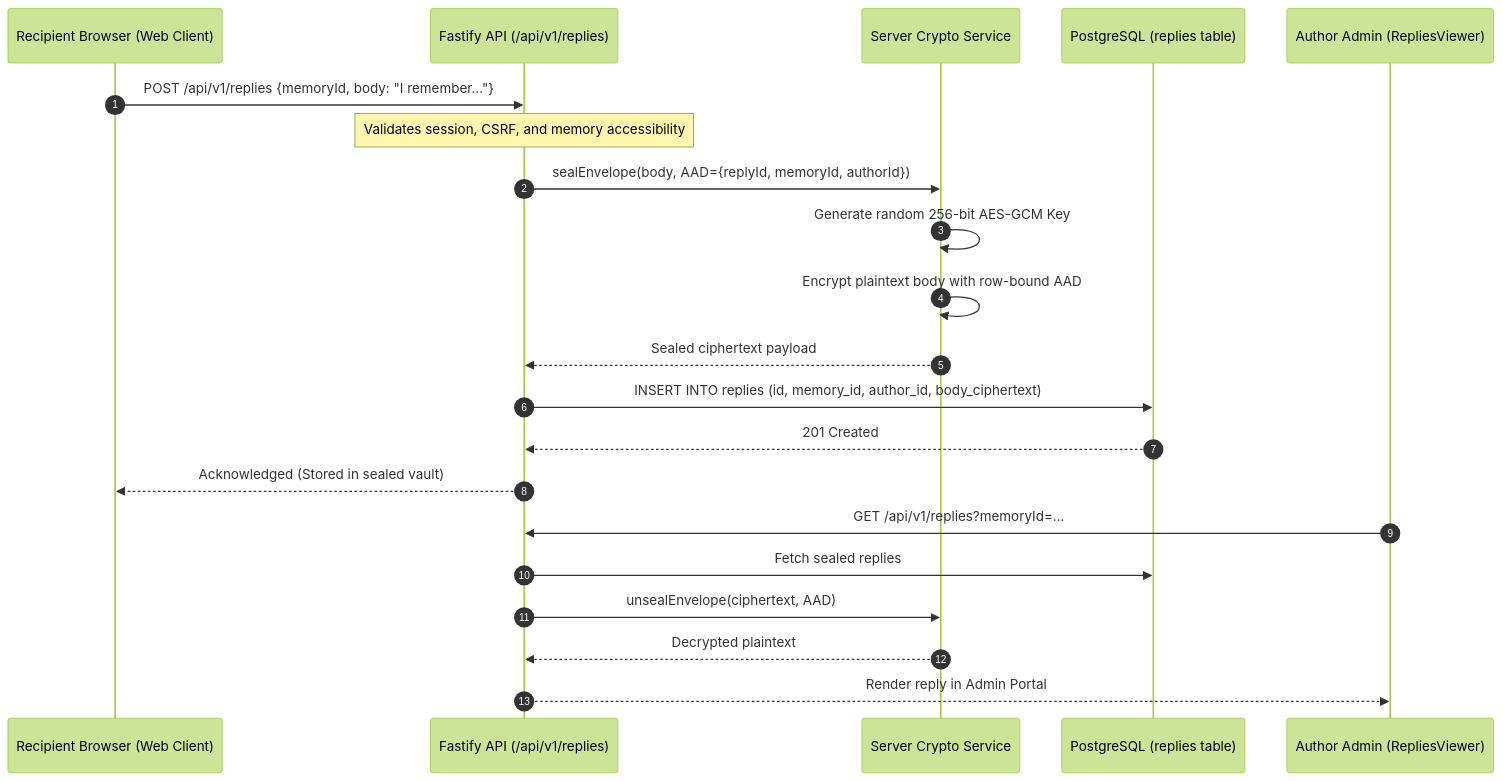
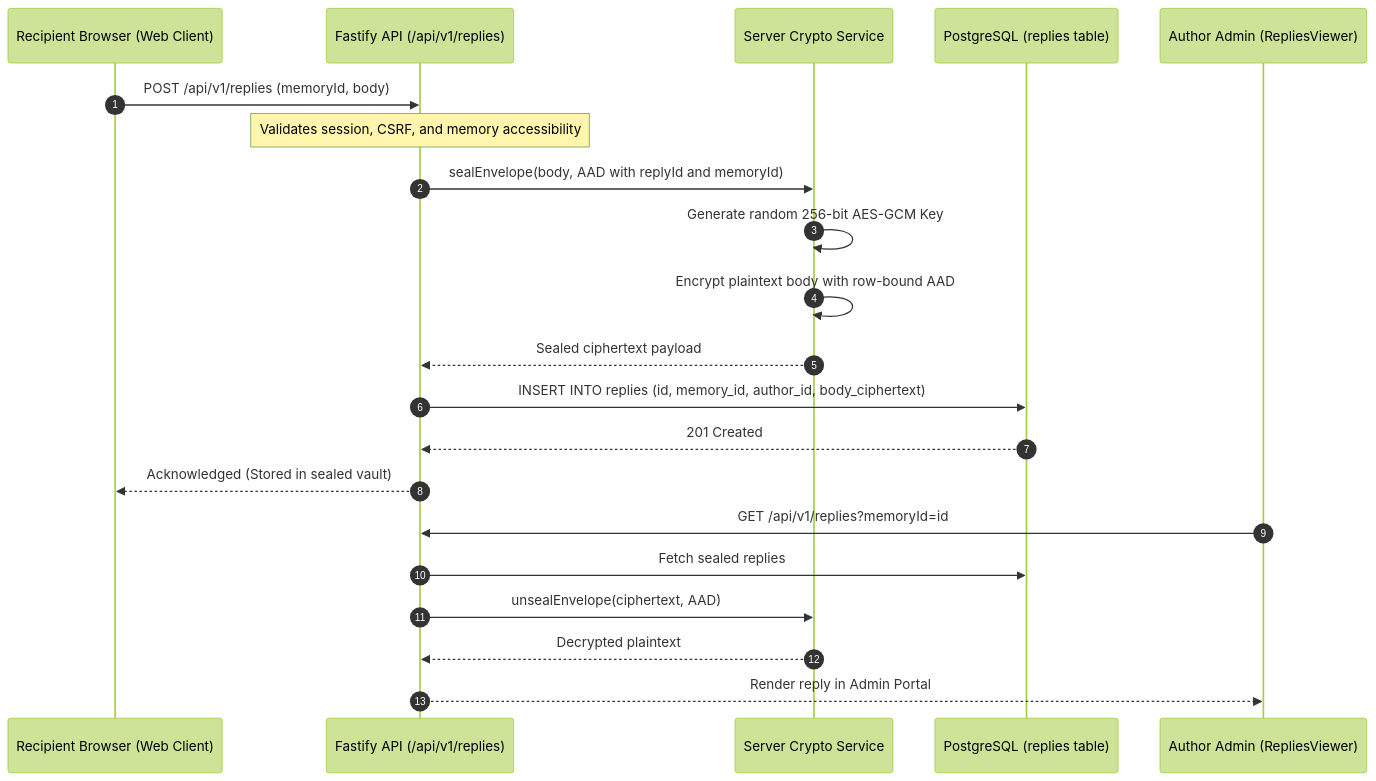
Diagram 13 of 17 in README.md (HarshkumarG007/SlowLight), drawn with Mermaid (forest theme) before and after one commit. The commit also changed other lines of this file, not shown here.

Commit message:
docs(readme): fix GitHub Mermaid parser syntax across all sequence diagrams

````diff
--- a/README.md
+++ b/README.md
@@ -1011,24 +1011,24 @@
 ```mermaid
 sequenceDiagram
     autonumber
     participant Recipient as Recipient Browser (Web Client)
     participant API as Fastify API (/api/v1/replies)
     participant Crypto as Server Crypto Service
     participant DB as PostgreSQL (replies table)
     participant Author as Author Admin (RepliesViewer)
     
-    Recipient->>API: POST /api/v1/replies {memoryId, body: "I remember..."}
+    Recipient->>API: POST /api/v1/replies (memoryId, body)
     Note over API: Validates session, CSRF, and memory accessibility
-    API->>Crypto: sealEnvelope(body, AAD={replyId, memoryId, authorId})
+    API->>Crypto: sealEnvelope(body, AAD with replyId and memoryId)
     Crypto->>Crypto: Generate random 256-bit AES-GCM Key
     Crypto->>Crypto: Encrypt plaintext body with row-bound AAD
     Crypto-->>API: Sealed ciphertext payload
     API->>DB: INSERT INTO replies (id, memory_id, author_id, body_ciphertext)
     DB-->>API: 201 Created
     API-->>Recipient: Acknowledged (Stored in sealed vault)
-    Author->>API: GET /api/v1/replies?memoryId=...
+    Author->>API: GET /api/v1/replies?memoryId=id
     API->>DB: Fetch sealed replies
     API->>Crypto: unsealEnvelope(ciphertext, AAD)
     Crypto-->>API: Decrypted plaintext
     API-->>Author: Render reply in Admin Portal
 ```
````
